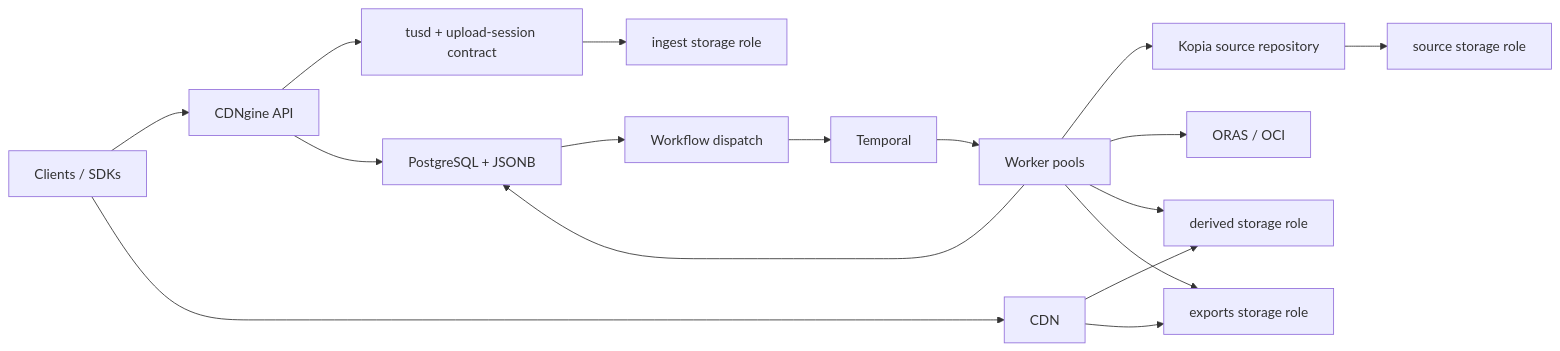
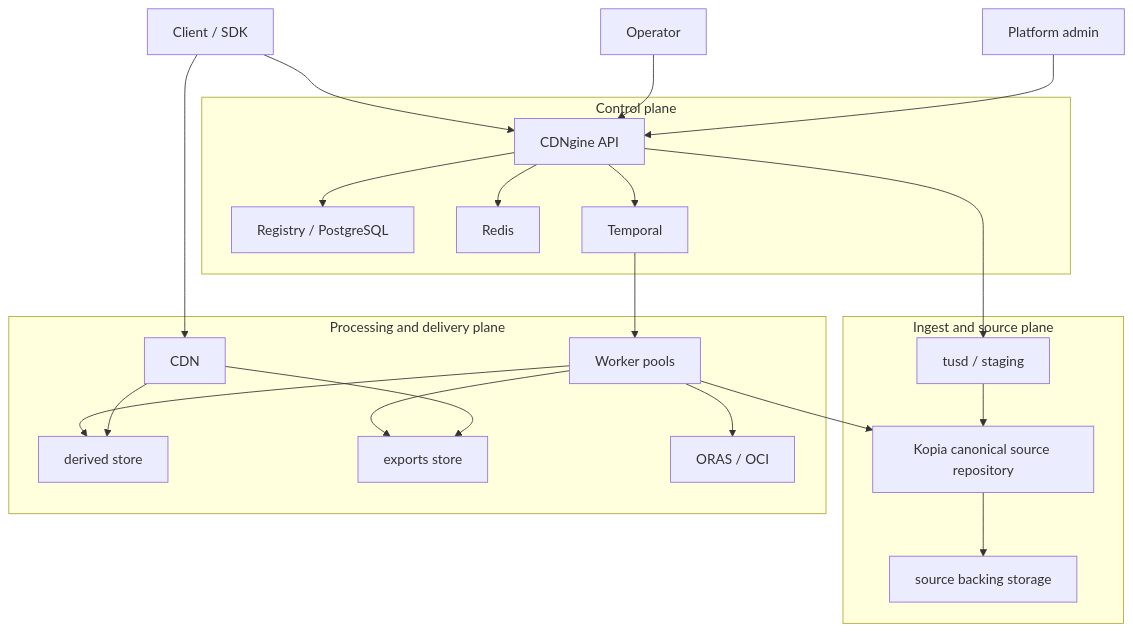
Before and after one commit to Yeusepe/cdngine: the first of 10 diagrams in docs/architecture.md, drawn with Mermaid. The commit also changed other lines of this file and 18 other files, not shown here.

First line of the commit message:
Restructure docs: architecture & lifecycle

````diff
--- a/docs/architecture.md
+++ b/docs/architecture.md
@@ -154,19 +41,42 @@
 ```mermaid
-flowchart LR
-    Clients["Clients / SDKs"] --> Gateway["CDNgine API"]
-    Gateway --> Ingest["tusd + upload-session contract"]
-    Gateway --> Registry["PostgreSQL + JSONB"]
-    Registry --> Starter["Workflow dispatch"]
-    Starter --> Temporal["Temporal"]
-    Temporal --> Workers["Worker pools"]
-    Ingest --> IngestStore["ingest storage role"]
-    Workers --> SourceRepo["Kopia source repository"]
-    SourceRepo --> SourceBacking["source storage role"]
-    Workers --> ArtifactGraph["ORAS / OCI"]
-    Workers --> Derived["derived storage role"]
-    Workers --> Exports["exports storage role"]
-    Workers --> Registry
-    CDN["CDN"] --> Derived
+flowchart TB
+    Client["Client / SDK"] --> API["CDNgine API"]
+    Operator["Operator"] --> API
+    Admin["Platform admin"] --> API
+
+    subgraph Control["Control plane"]
+        API
+        Registry["Registry / PostgreSQL"]
+        Redis["Redis"]
+        Temporal["Temporal"]
+    end
+
+    subgraph Source["Ingest and source plane"]
+        Tusd["tusd / staging"]
+        SourceRepo["Kopia canonical source repository"]
+        SourceBacking["source backing storage"]
+    end
+
+    subgraph Delivery["Processing and delivery plane"]
+        Workers["Worker pools"]
+        Derived["derived store"]
+        Exports["exports store"]
+        OCI["ORAS / OCI"]
+        CDN["CDN"]
+    end
+
+    API --> Tusd
+    API --> Registry
+    API --> Redis
+    API --> Temporal
+    Tusd --> SourceRepo
+    SourceRepo --> SourceBacking
+    Temporal --> Workers
+    Workers --> SourceRepo
+    Workers --> Derived
+    Workers --> Exports
+    Workers --> OCI
+    Client --> CDN
+    CDN --> Derived
     CDN --> Exports
-    Clients --> CDN
 ```
````
